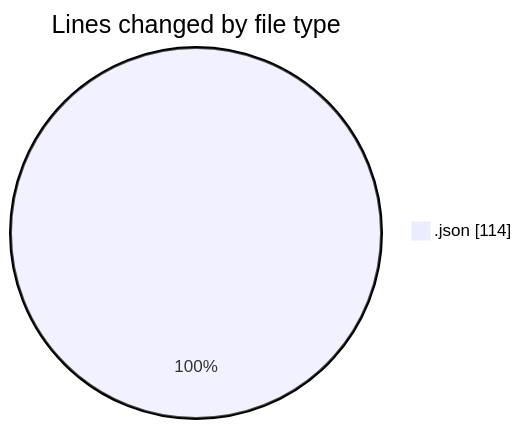
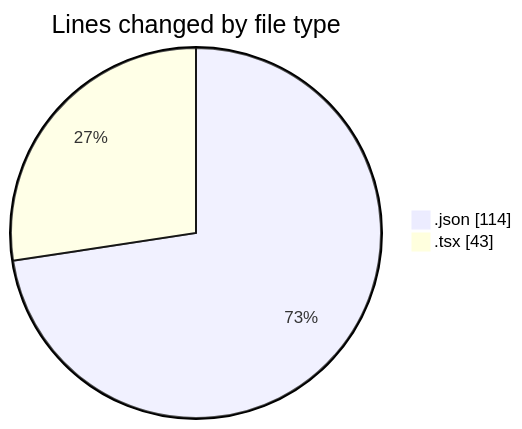
The first of 2 diagrams in 2025-11-17/eventscop-frontend-guide__workspace_/README.md (julien-gomy/code-tracking), drawn with Mermaid before and after one commit. The commit also changed other lines of this file and 1 other file, not shown here.

````diff
--- a/2025-11-17/eventscop-frontend-guide__workspace_/README.md
+++ b/2025-11-17/eventscop-frontend-guide__workspace_/README.md
@@ -20,5 +21,6 @@
 ```mermaid
 pie showData
 title Lines changed by file type
 ".json" : 114
+".tsx" : 43
 ```
````
